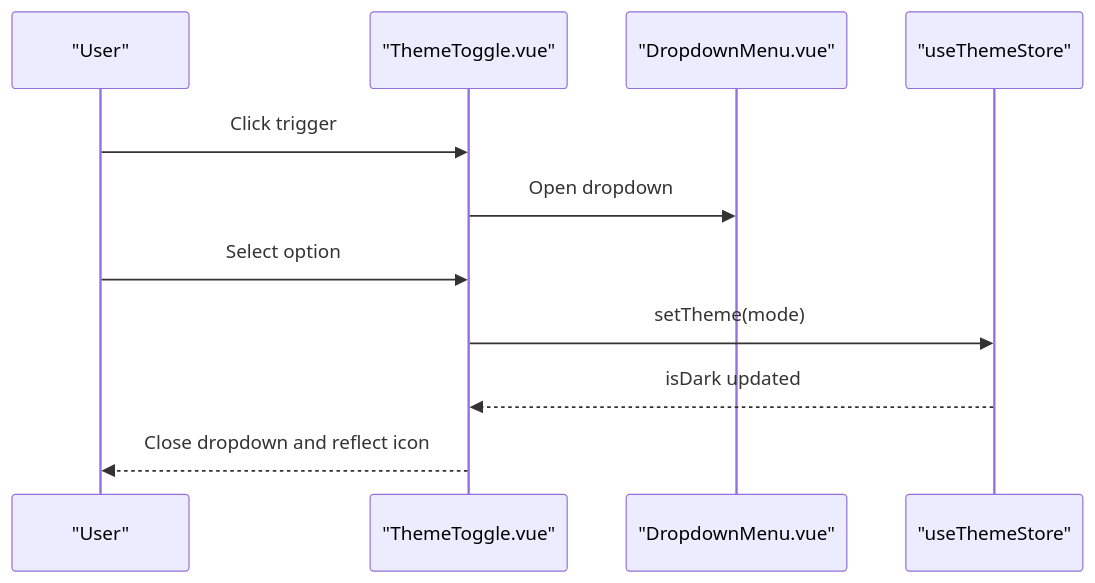
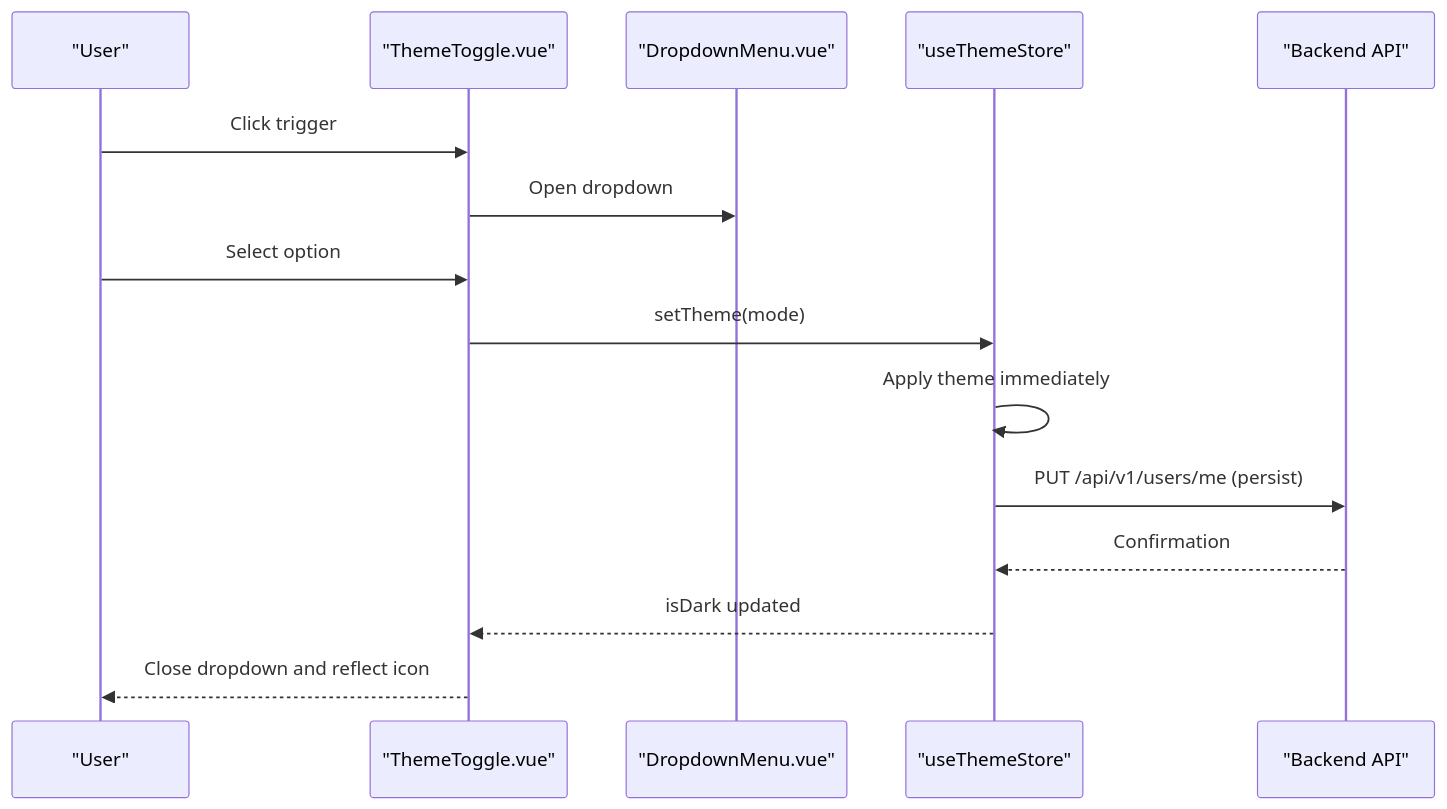
Before and after one commit to Nikita5543/New-SSO-02: the fifth of 8 diagrams in .qoder/repowiki/en/content/Frontend Architecture/Theming and Customization.md, drawn with Mermaid. The commit also changed other lines of this file and 3 other files, not shown here.

````diff
--- a/.qoder/repowiki/en/content/Frontend Architecture/Theming and Customization.md
+++ b/.qoder/repowiki/en/content/Frontend Architecture/Theming and Customization.md
@@ -257,13 +280,17 @@
 ```mermaid
 sequenceDiagram
 participant U as "User"
 participant TT as "ThemeToggle.vue"
 participant DD as "DropdownMenu.vue"
 participant TS as "useThemeStore"
+participant API as "Backend API"
 U->>TT : Click trigger
 TT->>DD : Open dropdown
 U->>TT : Select option
 TT->>TS : setTheme(mode)
+TS->>TS : Apply theme immediately
+TS->>API : PUT /api/v1/users/me (persist)
+API-->>TS : Confirmation
 TS-->>TT : isDark updated
 TT-->>U : Close dropdown and reflect icon
 ```
````
